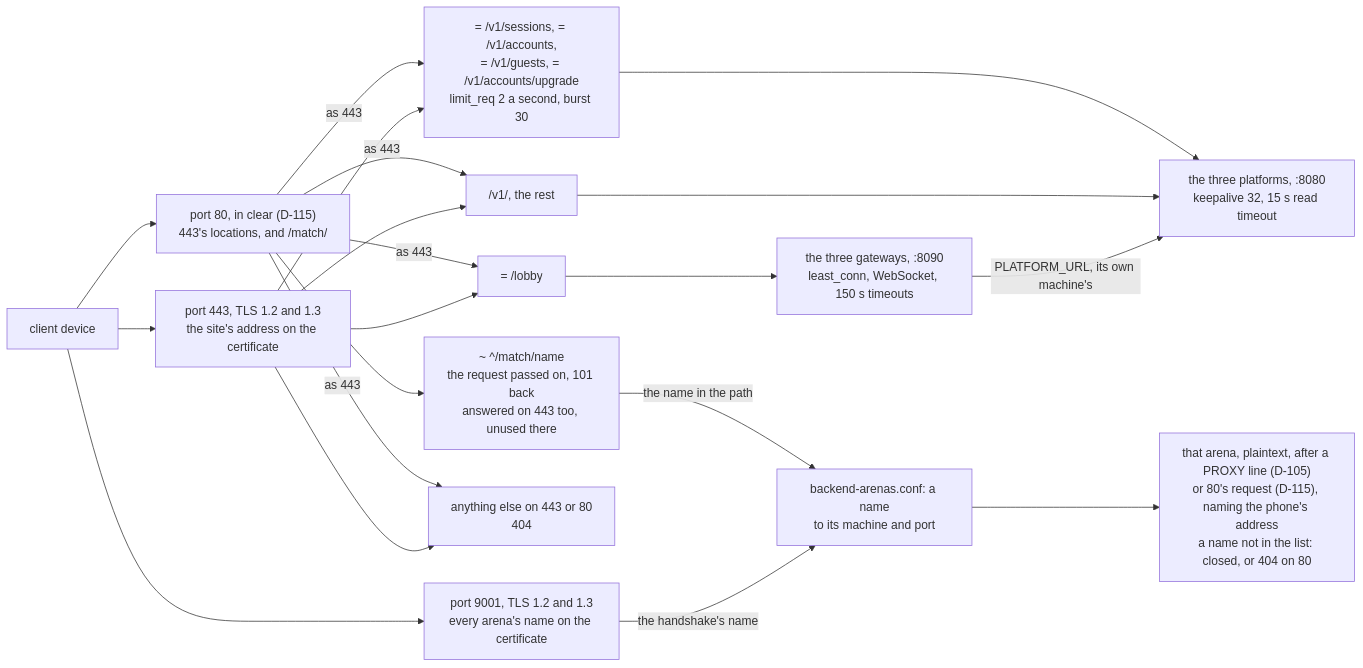
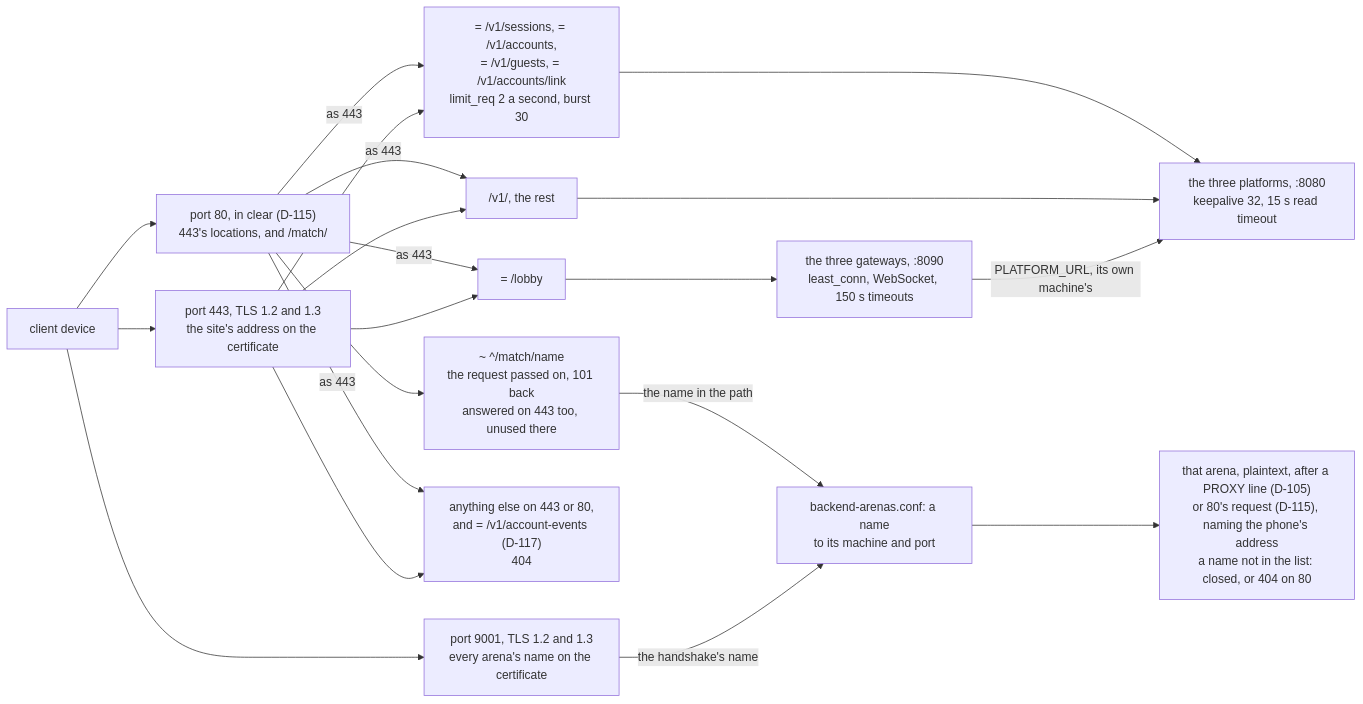
One commit to greensoft-atom/depio-simulation-platform changed the third of 9 diagrams in docs/diagrams/07-deploy-and-operations.md. Above: the diagram before and after it, drawn with Mermaid. The commit also changed 92 other files, not shown here.

````diff
--- a/docs/diagrams/07-deploy-and-operations.md
+++ b/docs/diagrams/07-deploy-and-operations.md
@@ -139,35 +139,35 @@
 ```mermaid
 flowchart LR
     dev["client device"]
     p443["port 443, TLS 1.2 and 1.3<br/>the site's address on the certificate"]
     p9001["port 9001, TLS 1.2 and 1.3<br/>every arena's name on the certificate"]
     p80["port 80, in clear (D-115)<br/>443's locations, and /match/"]
     lobby["= /lobby"]
-    auth["= /v1/sessions, = /v1/accounts,<br/>= /v1/guests, = /v1/accounts/upgrade<br/>limit_req 2 a second, burst 30"]
+    auth["= /v1/sessions, = /v1/accounts,<br/>= /v1/guests, = /v1/accounts/link<br/>limit_req 2 a second, burst 30"]
     v1["/v1/, the rest"]
-    other["anything else on 443 or 80<br/>404"]
+    other["anything else on 443 or 80,<br/>and = /v1/account-events (D-117)<br/>404"]
     m80["~ ^/match/name<br/>the request passed on, 101 back<br/>answered on 443 too, unused there"]
     gw["the three gateways, :8090<br/>least_conn, WebSocket, 150 s timeouts"]
     pf["the three platforms, :8080<br/>keepalive 32, 15 s read timeout"]
     map["backend-arenas.conf: a name<br/>to its machine and port"]
     arena["that arena, plaintext, after a PROXY line (D-105)<br/>or 80's request (D-115), naming the phone's address<br/>a name not in the list: closed, or 404 on 80"]
     dev --> p443
     dev --> p9001
     dev --> p80
     p80 -->|"as 443"| lobby
     p80 -->|"as 443"| auth
     p80 -->|"as 443"| v1
     p80 -->|"as 443"| other
     p80 --> m80
     m80 -->|"the name in the path"| map
     p443 --> lobby
     p443 --> auth
     p443 --> v1
     p443 --> other
     lobby --> gw
     auth --> pf
     v1 --> pf
     gw -->|"PLATFORM_URL, its own machine's"| pf
     p9001 -->|"the handshake's name"| map
     map --> arena
 ```
````
